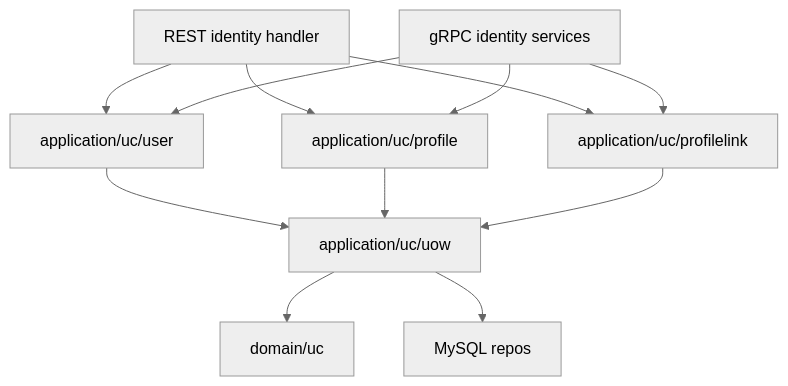
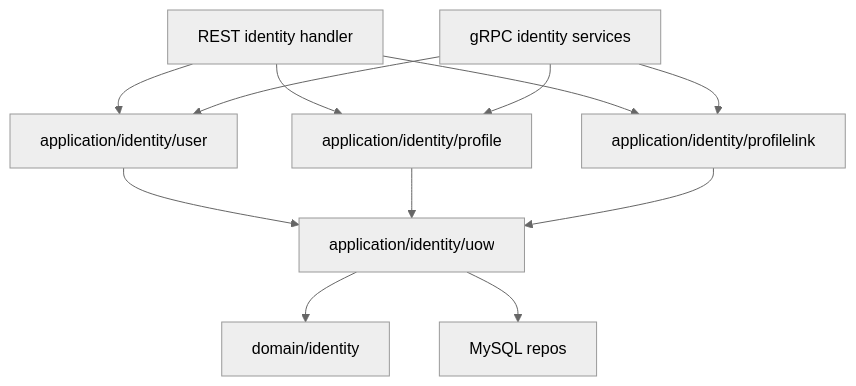
The third of 5 diagrams in docs/_archive/02-业务域/03-user-用户&儿童&ProfileLink.md (FangcunMount/iam), drawn with Mermaid (neutral theme) before and after one commit. The commit also changed other lines of this file and 215 other files, not shown here.

Commit message:
pref 模块重命名 uc -> identity，更新 domain、application、infra UoW、REST 引用、gRPC transport、架构护栏、初始化 SQL 和当前文档路径

````diff
--- a/docs/_archive/02-业务域/03-user-用户&儿童&ProfileLink.md
+++ b/docs/_archive/02-业务域/03-user-用户&儿童&ProfileLink.md
@@ -123,23 +123,23 @@
 ```mermaid
 flowchart TD
     REST["REST identity handler"]
     GRPC["gRPC identity services"]
-    UserApp["application/uc/user"]
-    ProfileApp["application/uc/profile"]
-    LinkApp["application/uc/profilelink"]
-    UoW["application/uc/uow"]
-    Domain["domain/uc"]
+    UserApp["application/identity/user"]
+    ProfileApp["application/identity/profile"]
+    LinkApp["application/identity/profilelink"]
+    UoW["application/identity/uow"]
+    Domain["domain/identity"]
     DB["MySQL repos"]
 
     REST --> UserApp
     REST --> ProfileApp
     REST --> LinkApp
     GRPC --> UserApp
     GRPC --> ProfileApp
     GRPC --> LinkApp
     UserApp --> UoW
     ProfileApp --> UoW
     LinkApp --> UoW
     UoW --> Domain
     UoW --> DB
 ```
````
